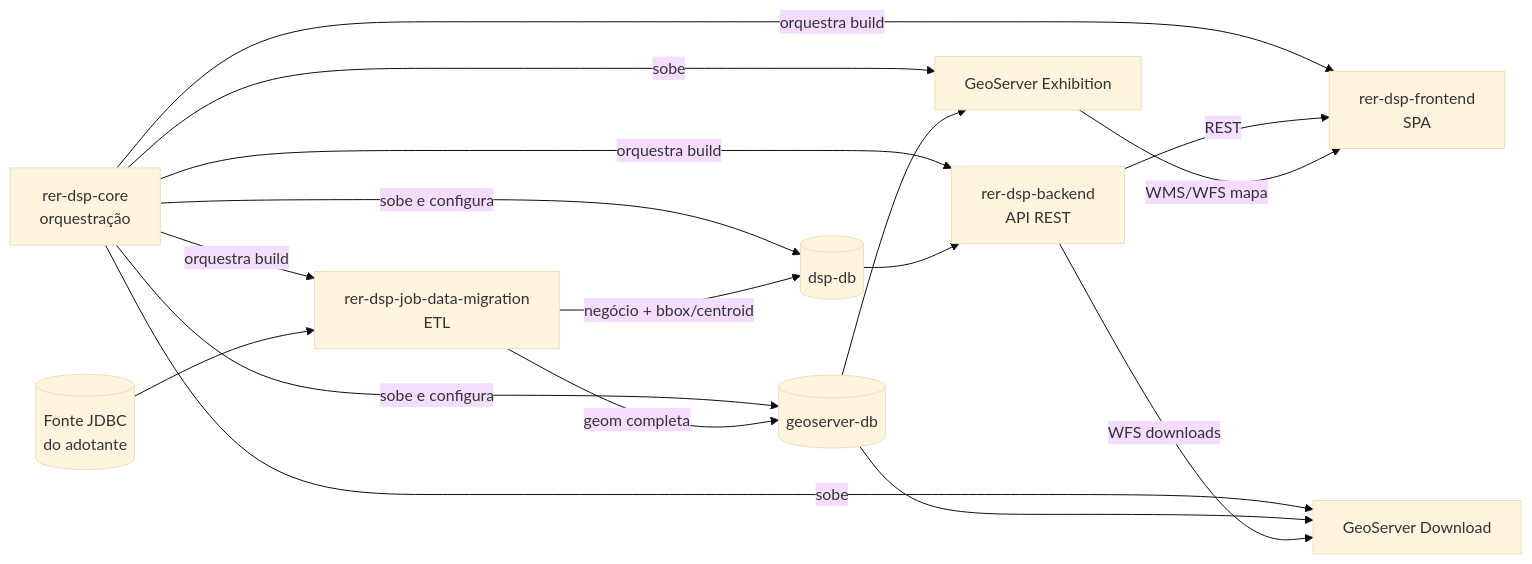
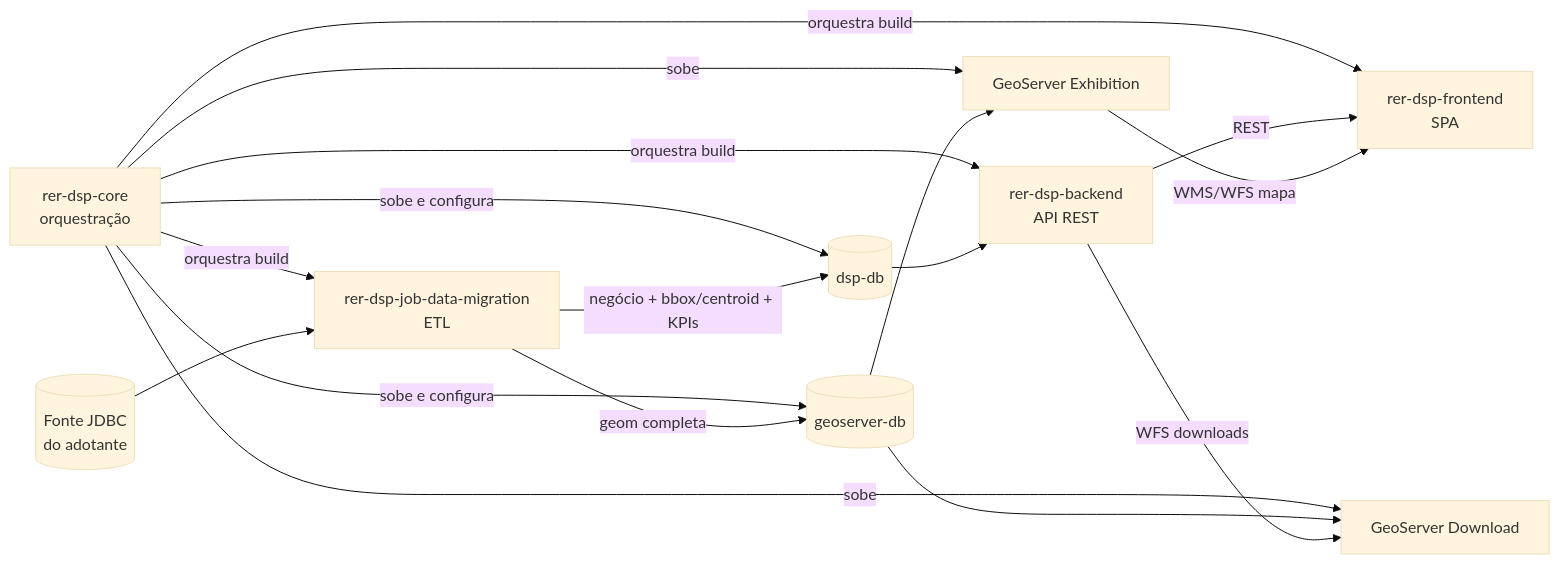
Before and after one commit to kleber-albino/rer-dsp-docs: the diagram in docs/modulos.md, drawn with Mermaid (base theme). The commit also changed other lines of this file and 13 other files, not shown here.

````diff
--- a/docs/modulos.md
+++ b/docs/modulos.md
@@ -17,30 +17,30 @@
 ```mermaid
 flowchart LR
   core["rer-dsp-core<br/>orquestração"]
   job["rer-dsp-job-data-migration<br/>ETL"]
   be["rer-dsp-backend<br/>API REST"]
   fe["rer-dsp-frontend<br/>SPA"]
   src[(Fonte JDBC<br/>do adotante)]
   dspdb[(dsp-db)]
   exdb[(geoserver-db)]
   gsEx[GeoServer Exhibition]
   gsDl[GeoServer Download]
 
   core -->|sobe e configura| dspdb
   core -->|sobe e configura| exdb
   core -->|sobe| gsEx
   core -->|sobe| gsDl
   core -->|orquestra build| job
   core -->|orquestra build| be
   core -->|orquestra build| fe
 
   src --> job
-  job -->|negócio + bbox/centroid| dspdb
+  job -->|negócio + bbox/centroid + KPIs| dspdb
   job -->|geom completa| exdb
   exdb --> gsEx
   exdb --> gsDl
   dspdb --> be
   be -->|REST| fe
   be -->|WFS downloads| gsDl
   gsEx -->|WMS/WFS mapa| fe
 ```
````
